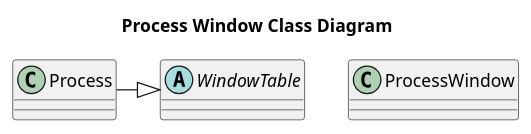
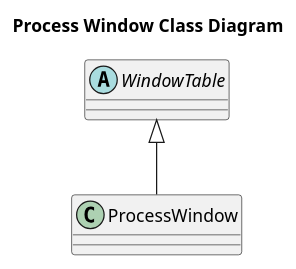
Before and after one commit to dgitz/eros: the diagram in doc/SystemMonitor/Windows/ProcessWindow/ProcessWindowClassDiagram.puml, drawn with PlantUML. The commit also changed 44 other files, not shown here.

```diff
--- a/doc/SystemMonitor/Windows/ProcessWindow/ProcessWindowClassDiagram.puml
+++ b/doc/SystemMonitor/Windows/ProcessWindow/ProcessWindowClassDiagram.puml
@@ -1,10 +1,10 @@
 @startuml
 title "Process Window Class Diagram"
 abstract WindowTable {
     
 }
 class ProcessWindow {
 
 }
-Process -|> WindowTable
+WindowTable <|-- ProcessWindow
 @enduml
```
